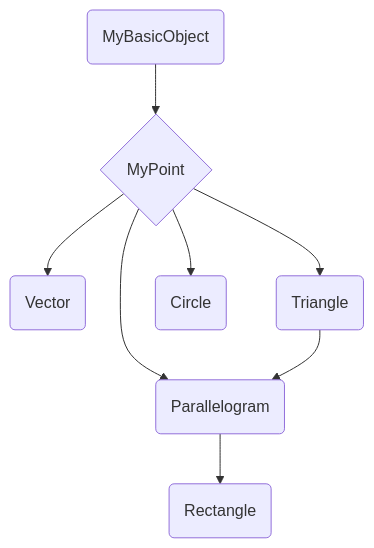
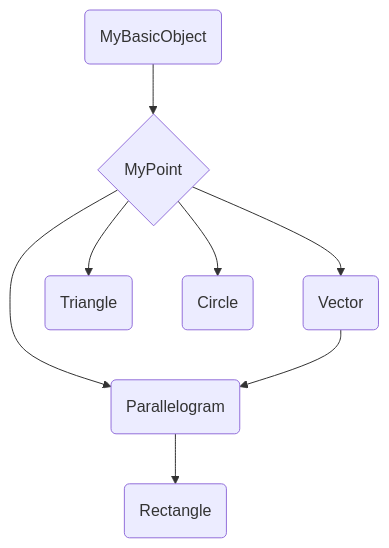
The diagram in README.md (PhantomKid/OCDemo), drawn with Mermaid before and after one commit.

Commit message:
README graph amended for the fourth time(variable reference)

````diff
--- a/README.md
+++ b/README.md
@@ -17,10 +17,10 @@
     ```mermaid
     graph TD
         A(MyBasicObject) --> B{MyPoint}
         B --> C(Vector)
         B --> D(Triangle)
         B --> E(Parallelogram)
-        D --> E(Parallelogram)
+        C --> E(Parallelogram)
         E --> F(Rectangle)
         B --> G(Circle)
     ```
````
